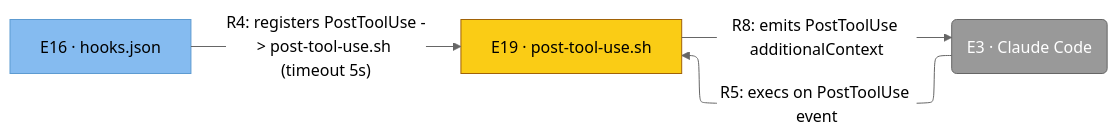
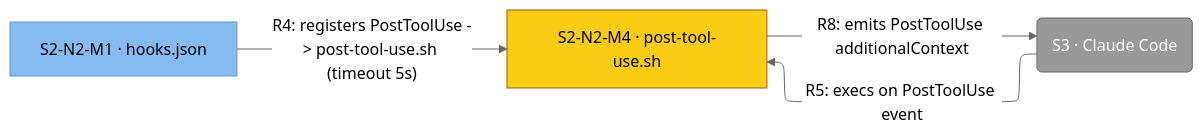
One commit to toejough/engram changed the diagram in architecture/c4/svg/c4-post-tool-use.mmd. Above: the diagram before and after it, drawn with Mermaid (neutral theme). The commit also changed 41 other files, not shown here.

```diff
--- a/architecture/c4/svg/c4-post-tool-use.mmd
+++ b/architecture/c4/svg/c4-post-tool-use.mmd
@@ -1,19 +1,19 @@
 %%{init: {'flowchart': {'defaultRenderer': 'elk'}}}%%
 flowchart LR
     classDef person      fill:#08427b,stroke:#052e56,color:#fff
     classDef external    fill:#999,   stroke:#666,   color:#fff
     classDef container   fill:#1168bd,stroke:#0b4884,color:#fff
     classDef component   fill:#85bbf0,stroke:#5d9bd1,color:#000
     classDef focus       fill:#facc15,stroke:#a16207,color:#000
 
-    e3("E3 · Claude Code")
-    e16["E16 · hooks.json"]
-    e19["E19 · post-tool-use.sh"]
+    s3("S3 · Claude Code")
+    s2-n2-m1["S2-N2-M1 · hooks.json"]
+    s2-n2-m4["S2-N2-M4 · post-tool-use.sh"]
 
-    e16 -->|"R4: registers PostToolUse -> post-tool-use.sh (timeout 5s)"| e19
-    e3 -->|"R5: execs on PostToolUse event"| e19
-    e19 -->|"R8: emits PostToolUse additionalContext"| e3
+    s2-n2-m1 -->|"R4: registers PostToolUse -> post-tool-use.sh (timeout 5s)"| s2-n2-m4
+    s3 -->|"R5: execs on PostToolUse event"| s2-n2-m4
+    s2-n2-m4 -->|"R8: emits PostToolUse additionalContext"| s3
 
-    class e3 external
-    class e16 component
-    class e19 focus
+    class s3 external
+    class s2-n2-m1 component
+    class s2-n2-m4 focus
```
